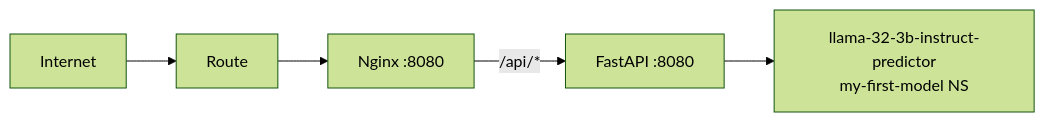
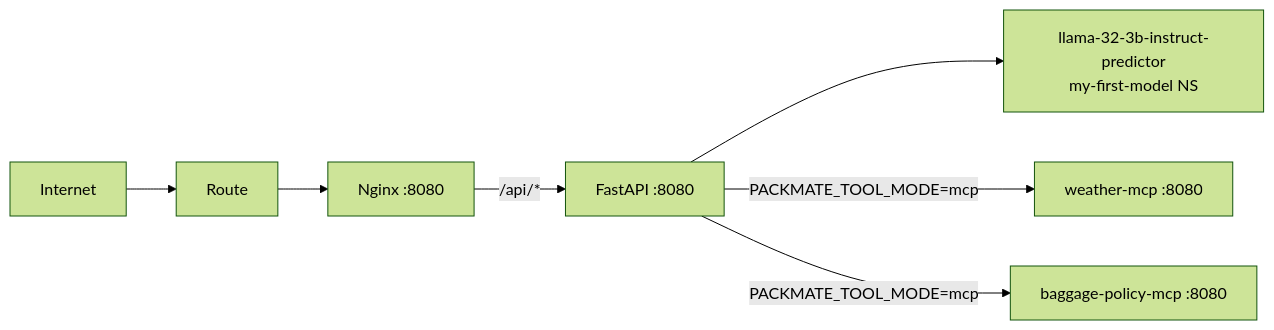
The diagram in deploy/README.md (Lindagh1/packmate-agent), drawn with Mermaid (forest theme) before and after one commit. The commit also changed other lines of this file and 7 other files, not shown here.

First line of the commit message:
Align CI CD with OpenShift AI and MCP architecture

````diff
--- a/deploy/README.md
+++ b/deploy/README.md
@@ -23,7 +28,9 @@
 ```mermaid
 flowchart LR
   Internet --> Route
   Route --> Frontend[Nginx :8080]
   Frontend -->|"/api/*"| Backend[FastAPI :8080]
   Backend --> Model["llama-32-3b-instruct-predictor<br/>my-first-model NS"]
+  Backend -->|PACKMATE_TOOL_MODE=mcp| WeatherMCP[weather-mcp :8080]
+  Backend -->|PACKMATE_TOOL_MODE=mcp| BaggageMCP[baggage-policy-mcp :8080]
 ```
````
